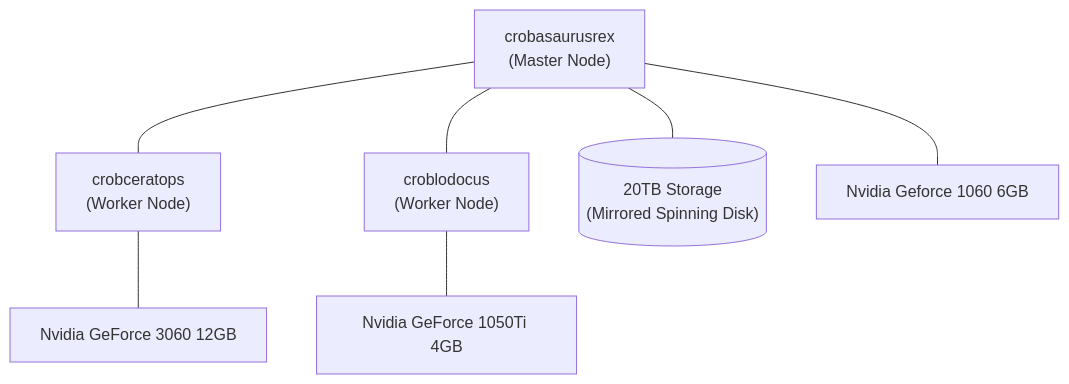
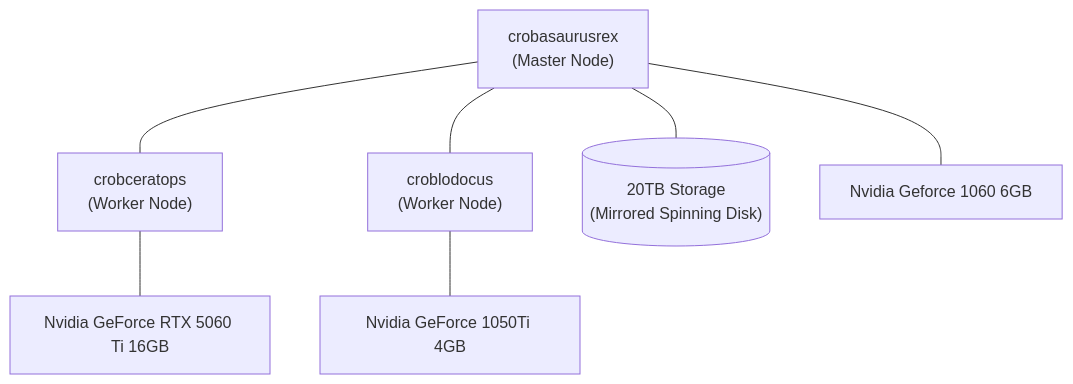
The diagram in README.md (ryanbeales/personal-k8s-config), drawn with Mermaid before and after one commit. The commit also changed other lines of this file and 6 other files, not shown here.

````diff
--- a/README.md
+++ b/README.md
@@ -93,13 +93,13 @@
 ```mermaid
 graph TD
     M["crobasaurusrex<br/>(Master Node)"]
     W1["crobceratops<br/>(Worker Node)"]
     W2["croblodocus<br/>(Worker Node)"]
 
     M --- Storage[("20TB Storage<br/>(Mirrored Spinning Disk)")]
     M --- G1["Nvidia Geforce 1060 6GB"]
-    W1 --- G2["Nvidia GeForce 3060 12GB"]
+    W1 --- G2["Nvidia GeForce RTX 5060 Ti 16GB"]
     W2 --- G3["Nvidia GeForce 1050Ti 4GB"]
     M --- W1
     M --- W2
 ```
````
